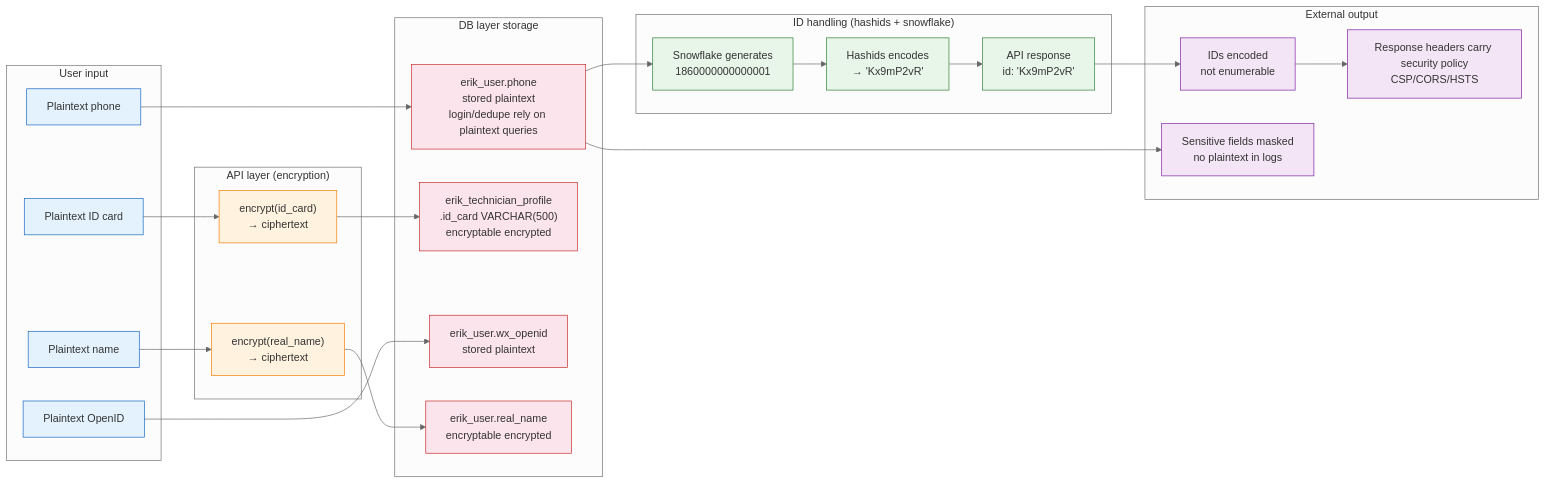
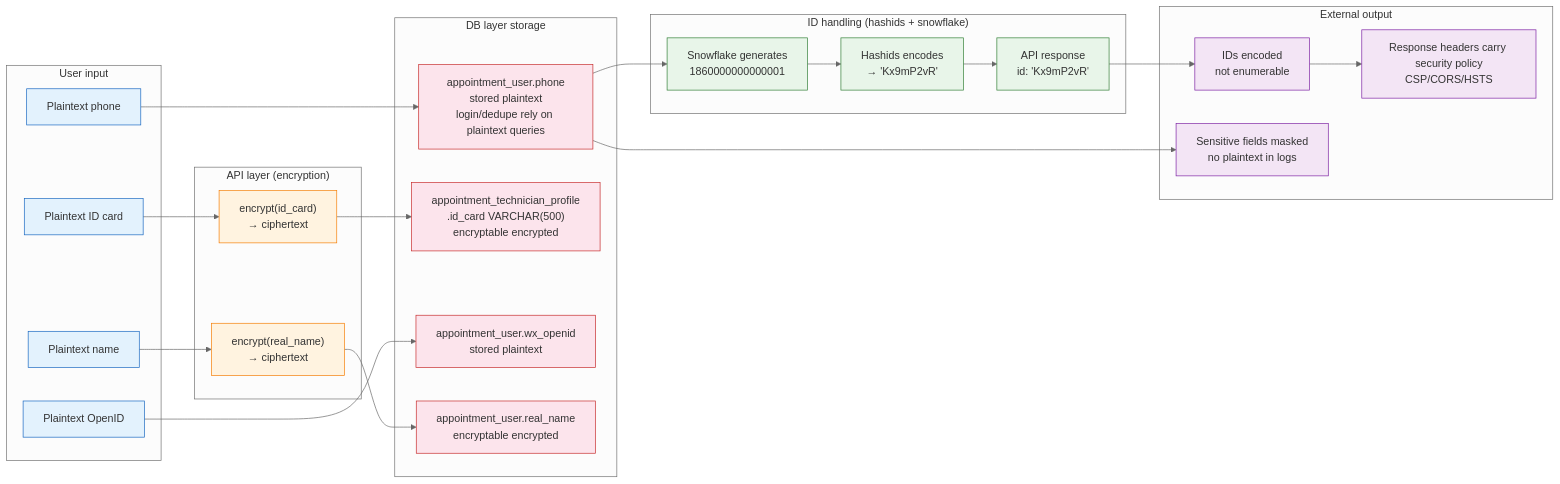
The fourth of 4 diagrams in docs/en/diagrams/SECURITY-ARCHITECTURE.md (erikwang2013/appointment-php), drawn with Mermaid (neutral theme) before and after one commit. The commit also changed 363 other files, not shown here.

````diff
--- a/docs/en/diagrams/SECURITY-ARCHITECTURE.md
+++ b/docs/en/diagrams/SECURITY-ARCHITECTURE.md
@@ -177,54 +177,54 @@
 ```mermaid
 flowchart LR
     subgraph 输入["User input"]
         I1["Plaintext phone"]
         I2["Plaintext ID card"]
         I3["Plaintext OpenID"]
         I4["Plaintext name"]
     end
 
     subgraph API加密["API layer (encryption)"]
         E1["encrypt(id_card)<br/>→ ciphertext"]
         E2["encrypt(real_name)<br/>→ ciphertext"]
     end
 
     subgraph DB存储["DB layer storage"]
-        D1["erik_user.phone<br/>stored plaintext<br/>login/dedupe rely on plaintext queries"]
-        D2["erik_technician_profile<br/>.id_card VARCHAR(500)<br/>encryptable encrypted"]
-        D3["erik_user.wx_openid<br/>stored plaintext"]
-        D4["erik_user.real_name<br/>encryptable encrypted"]
+        D1["appointment_user.phone<br/>stored plaintext<br/>login/dedupe rely on plaintext queries"]
+        D2["appointment_technician_profile<br/>.id_card VARCHAR(500)<br/>encryptable encrypted"]
+        D3["appointment_user.wx_openid<br/>stored plaintext"]
+        D4["appointment_user.real_name<br/>encryptable encrypted"]
     end
 
     subgraph ID处理["ID handling (hashids + snowflake)"]
         H1["Snowflake generates<br/>1860000000000001"]
         H2["Hashids encodes<br/>→ 'Kx9mP2vR'"]
         H3["API response<br/>id: 'Kx9mP2vR'"]
     end
 
     subgraph 输出["External output"]
         O1["IDs encoded<br/>not enumerable"]
         O2["Sensitive fields masked<br/>no plaintext in logs"]
         O3["Response headers carry security policy<br/>CSP/CORS/HSTS"]
     end
 
     I1 --> D1
     I2 --> E1 --> D2
     I3 --> D3
     I4 --> E2 --> D4
     D1 --> H1 --> H2 --> H3
     H3 --> O1
     D1 --> O2
     O1 --> O3
 
     classDef input fill:#e3f2fd,stroke:#1565c0,color:#333
     classDef encrypt fill:#fff3e0,stroke:#f57c00,color:#333
     classDef db fill:#fce4ec,stroke:#c62828,color:#333
     classDef id fill:#e8f5e9,stroke:#2e7d32,color:#333
     classDef output fill:#f3e5f5,stroke:#7b1fa2,color:#333
 
     class I1,I2,I3,I4 input
     class E1,E2 encrypt
     class D1,D2,D3,D4 db
     class H1,H2,H3 id
     class O1,O2,O3 output
 ```
````
